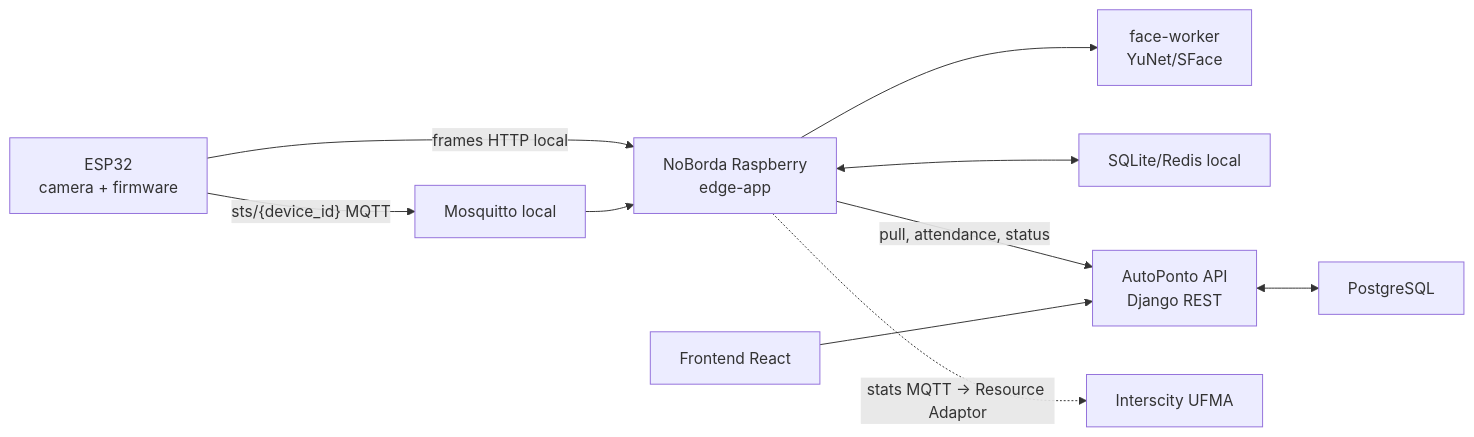
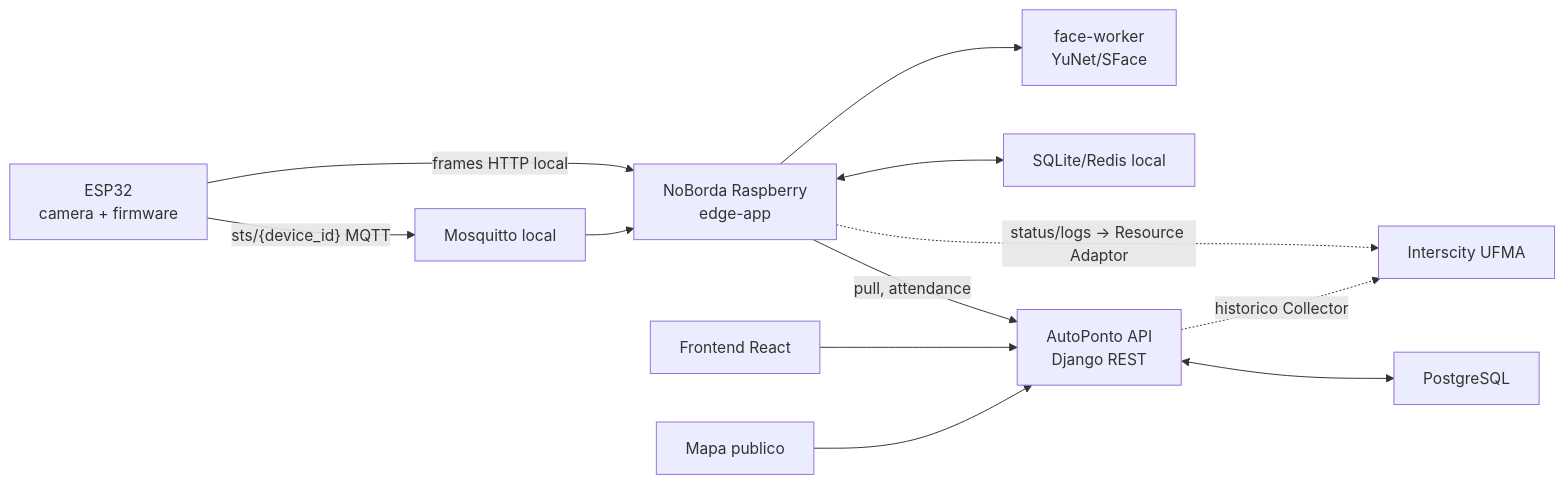
The first of 10 diagrams in autoponto-backend/docs/diagramas-tcc.md (DanielKGM/autoponto), drawn with Mermaid before and after one commit. The commit also changed other lines of this file and 29 other files, not shown here.

First line of the commit message:
Refactor API and Frontend for IntersCity Integration and Public Map Features

````diff
--- a/autoponto-backend/docs/diagramas-tcc.md
+++ b/autoponto-backend/docs/diagramas-tcc.md
@@ -7,12 +7,14 @@
 ```mermaid
 flowchart LR
     ESP["ESP32\ncamera + firmware"] -->|"frames HTTP local"| Edge["NoBorda Raspberry\nedge-app"]
     ESP -->|"sts/{device_id} MQTT"| MQTT["Mosquitto local"]
     MQTT --> Edge
     Edge --> Face["face-worker\nYuNet/SFace"]
     Edge <--> Cache["SQLite/Redis local"]
-    Edge -->|"pull, attendance, status"| API["AutoPonto API\nDjango REST"]
+    Edge -->|"pull, attendance"| API["AutoPonto API\nDjango REST"]
     API <--> DB["PostgreSQL"]
-    Edge -. "stats MQTT -> Resource Adaptor" .-> IC["Interscity UFMA"]
+    Edge -. "status/logs -> Resource Adaptor" .-> IC["Interscity UFMA"]
     Front["Frontend React"] --> API
+    Public["Mapa publico"] --> API
+    API -. "historico Collector" .-> IC
 ```
````
